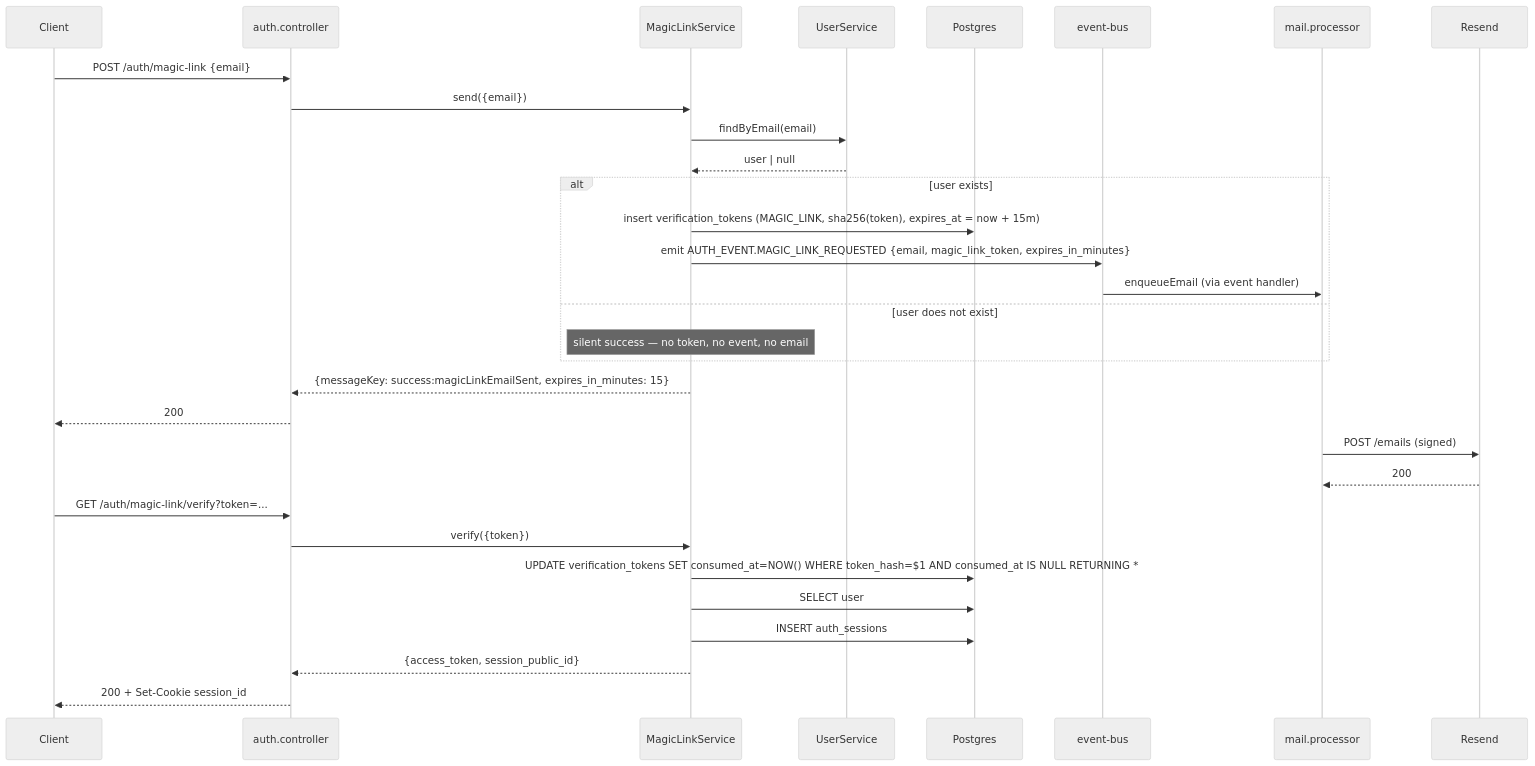
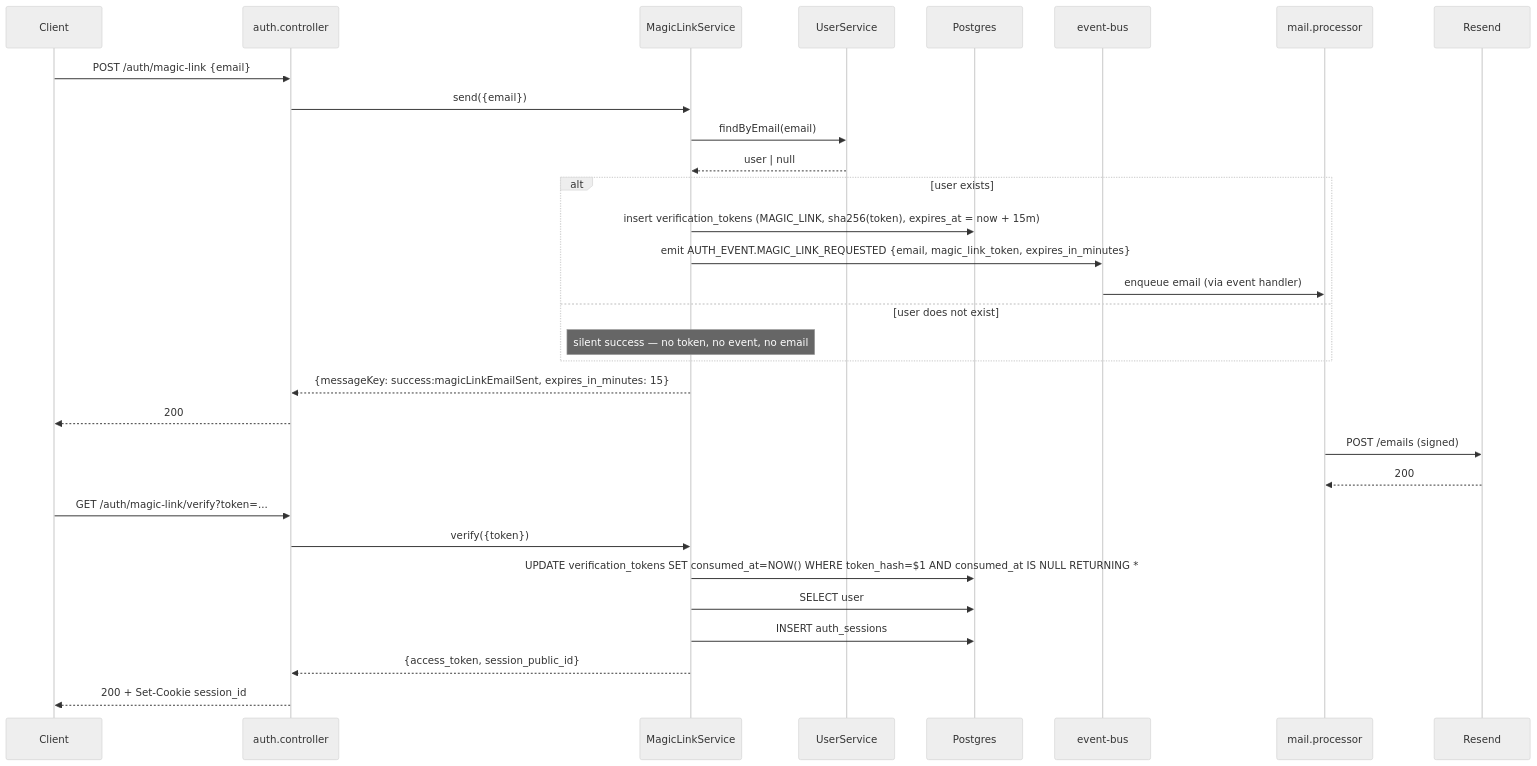
One commit to nikunjmavani/core-be changed the first of 6 diagrams in src/FLOWS.md. Above: the diagram before and after it, drawn with Mermaid (neutral theme). The commit also changed other lines of this file and 50 other files, not shown here.

````diff
--- a/src/FLOWS.md
+++ b/src/FLOWS.md
@@ -17,33 +17,33 @@
 ```mermaid
 sequenceDiagram
   participant Client
   participant Auth as auth.controller
   participant ML as MagicLinkService
   participant US as UserService
   participant DB as Postgres
   participant Bus as event-bus
   participant Mail as mail.processor
   participant Resend
   Client->>Auth: POST /auth/magic-link {email}
   Auth->>ML: send({email})
   ML->>US: findByEmail(email)
   US-->>ML: user | null
   alt user exists
     ML->>DB: insert verification_tokens (MAGIC_LINK, sha256(token), expires_at = now + 15m)
     ML->>Bus: emit AUTH_EVENT.MAGIC_LINK_REQUESTED {email, magic_link_token, expires_in_minutes}
-    Bus->>Mail: enqueueEmail (via event handler)
+    Bus->>Mail: enqueue email (via event handler)
   else user does not exist
     Note over ML: silent success — no token, no event, no email
   end
   ML-->>Auth: {messageKey: success:magicLinkEmailSent, expires_in_minutes: 15}
   Auth-->>Client: 200
   Mail->>Resend: POST /emails (signed)
   Resend-->>Mail: 200
   Client->>Auth: GET /auth/magic-link/verify?token=...
   Auth->>ML: verify({token})
   ML->>DB: UPDATE verification_tokens SET consumed_at=NOW() WHERE token_hash=$1 AND consumed_at IS NULL RETURNING *
   ML->>DB: SELECT user
   ML->>DB: INSERT auth_sessions
   ML-->>Auth: {access_token, session_public_id}
   Auth-->>Client: 200 + Set-Cookie session_id
 ```
````
